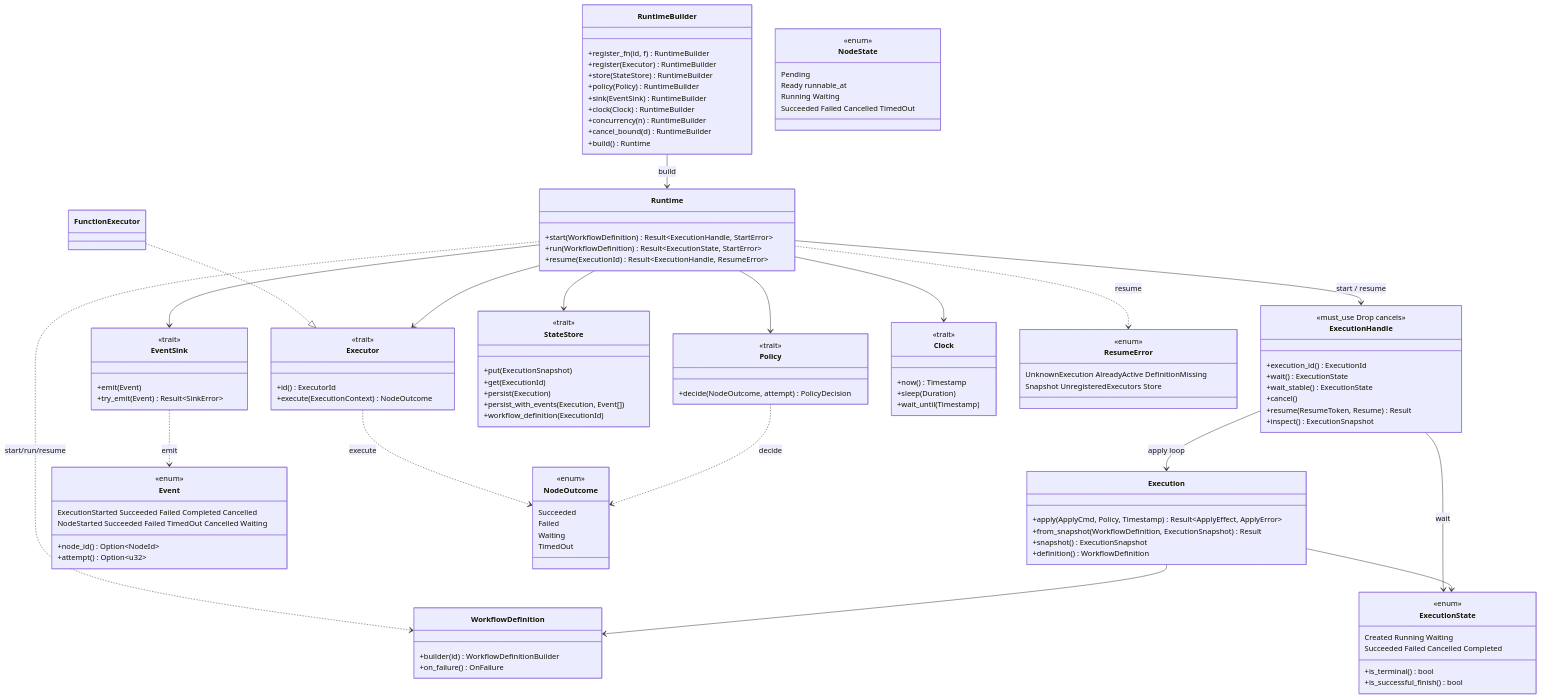
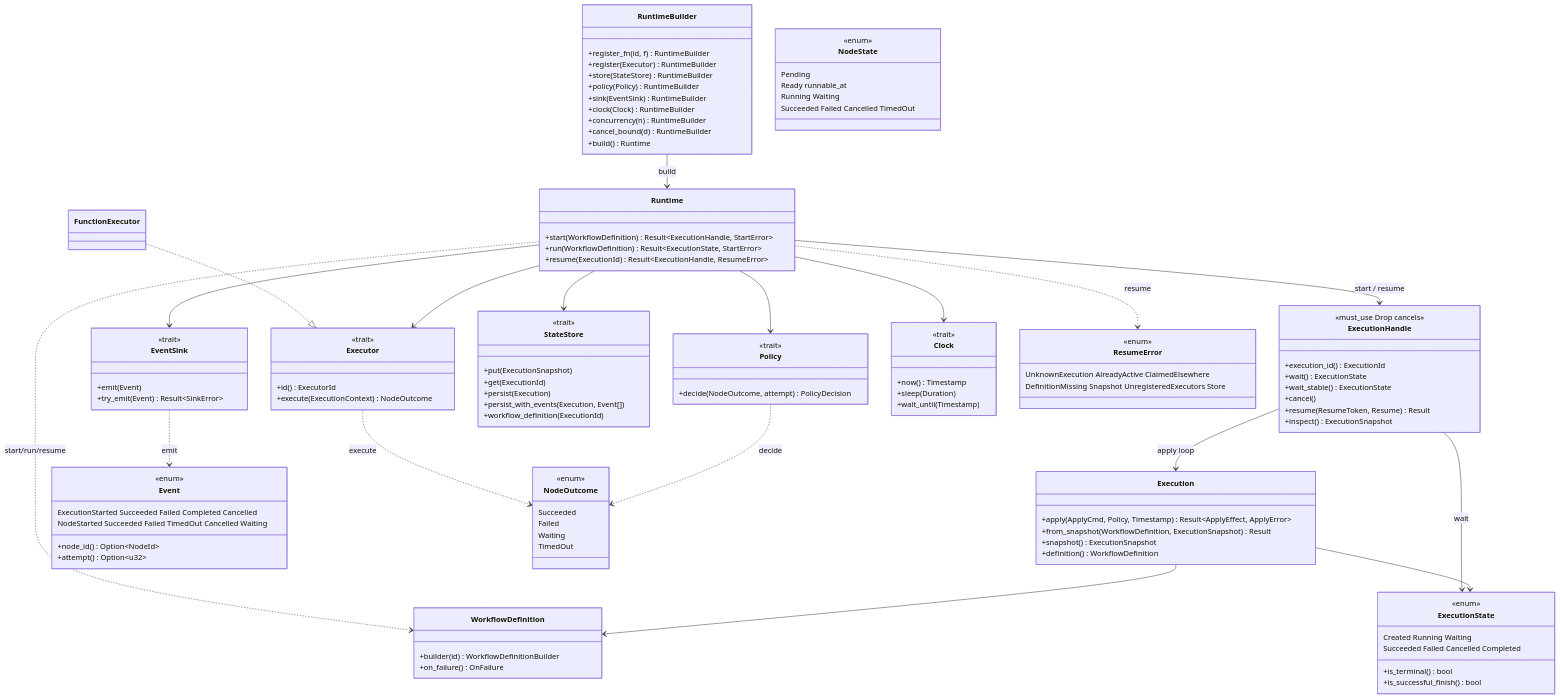
Before and after one commit to nessalabs/keel-rt: the second of 2 diagrams in docs/ARCHITECTURE.md, drawn with Mermaid. The commit also changed 22 other files, not shown here.

```diff
--- a/docs/ARCHITECTURE.md
+++ b/docs/ARCHITECTURE.md
@@ -192,8 +192,8 @@
   }
   class ResumeError {
     <<enum>>
-    UnknownExecution AlreadyActive DefinitionMissing
-    Snapshot UnregisteredExecutors Store
+    UnknownExecution AlreadyActive ClaimedElsewhere
+    DefinitionMissing Snapshot UnregisteredExecutors Store
   }
   class FunctionExecutor
   FunctionExecutor ..|> Executor
```
